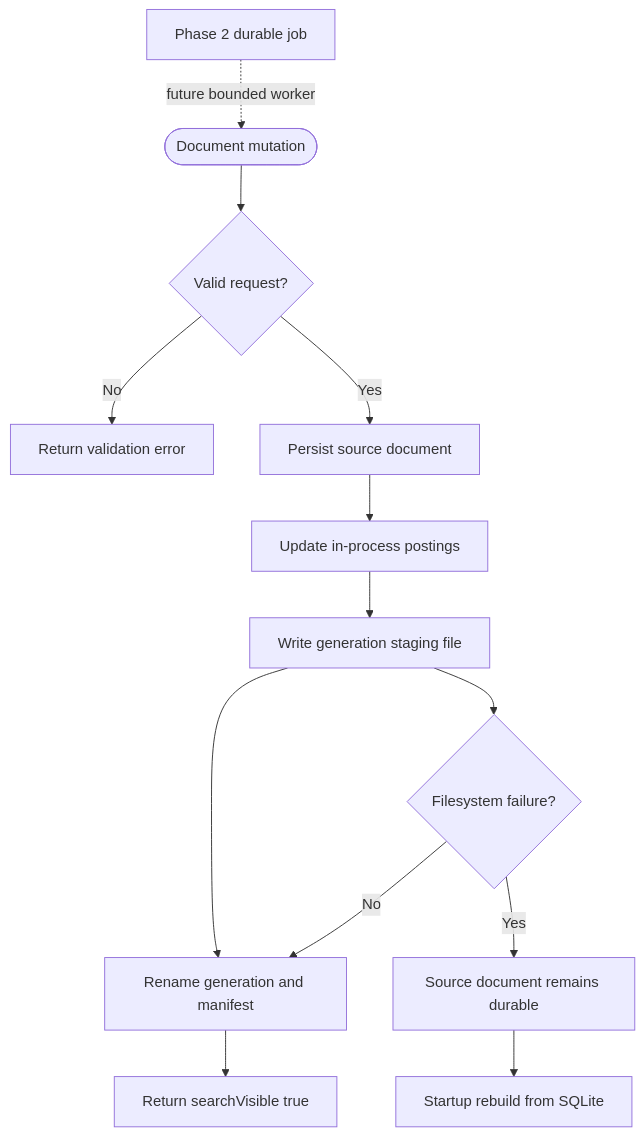
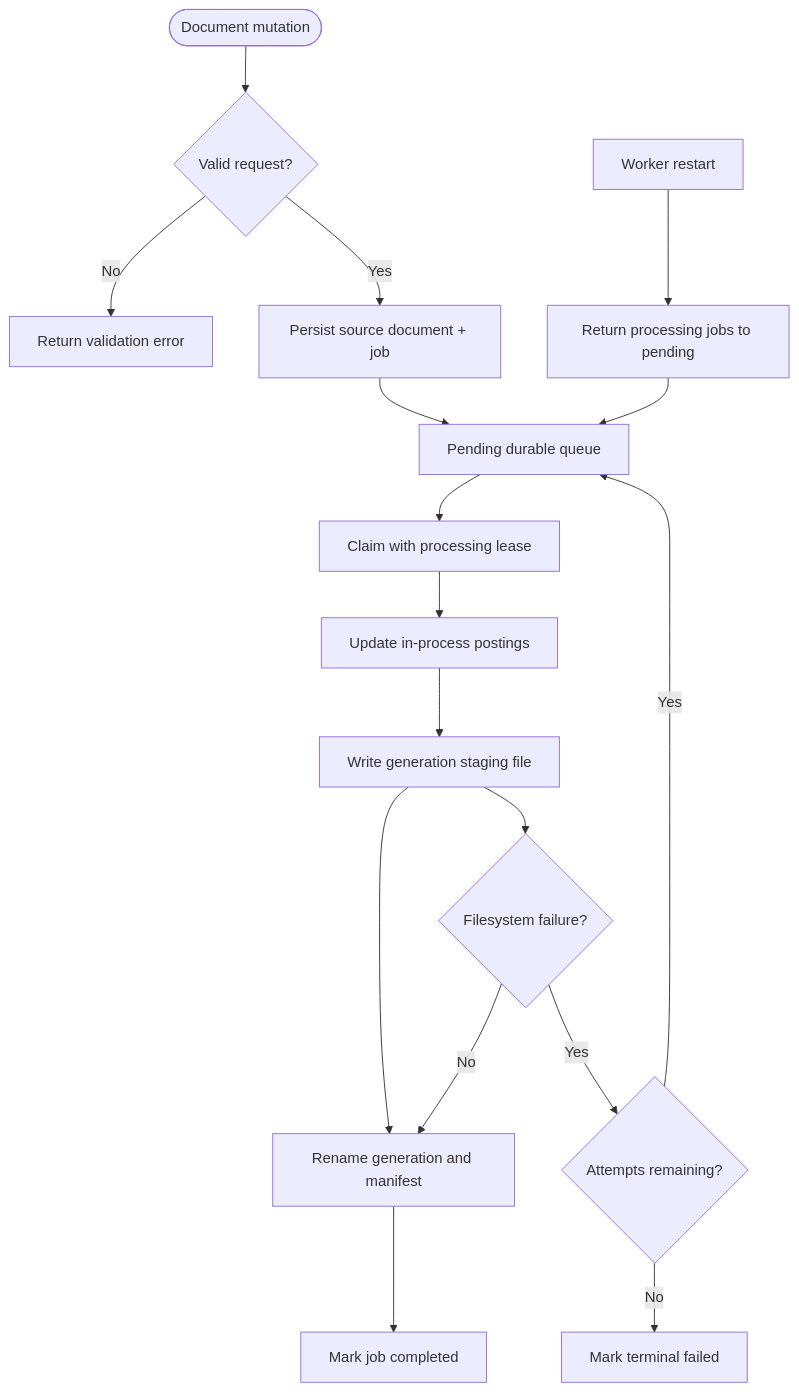
The diagram in docs/architecture/diagrams/indexing-activity.mmd (prajexec/SearchCraft), drawn with Mermaid before and after one commit. The commit also changed 27 other files, not shown here.

```diff
--- a/docs/architecture/diagrams/indexing-activity.mmd
+++ b/docs/architecture/diagrams/indexing-activity.mmd
@@ -1,14 +1,17 @@
 flowchart TD
     Start([Document mutation]) --> Validate{Valid request?}
     Validate -- No --> Reject[Return validation error]
-    Validate -- Yes --> Persist[Persist source document]
-    Persist --> Update[Update in-process postings]
+    Validate -- Yes --> Persist[Persist source document + job]
+    Persist --> Queue[Pending durable queue]
+    Queue --> Claim[Claim with processing lease]
+    Claim --> Update[Update in-process postings]
     Update --> Stage[Write generation staging file]
     Stage --> Publish[Rename generation and manifest]
-    Publish --> Complete[Return searchVisible true]
+    Publish --> Complete[Mark job completed]
     Stage --> Failure{Filesystem failure?}
-    Failure -- Yes --> Durable[Source document remains durable]
-    Durable --> Recovery[Startup rebuild from SQLite]
+    Failure -- Yes --> Retry{Attempts remaining?}
+    Retry -- Yes --> Queue
+    Retry -- No --> Failed[Mark terminal failed]
     Failure -- No --> Publish
-
-    Async[Phase 2 durable job] -. future bounded worker .-> Start
+    Crash[Worker restart] --> Recover[Return processing jobs to pending]
+    Recover --> Queue
```
